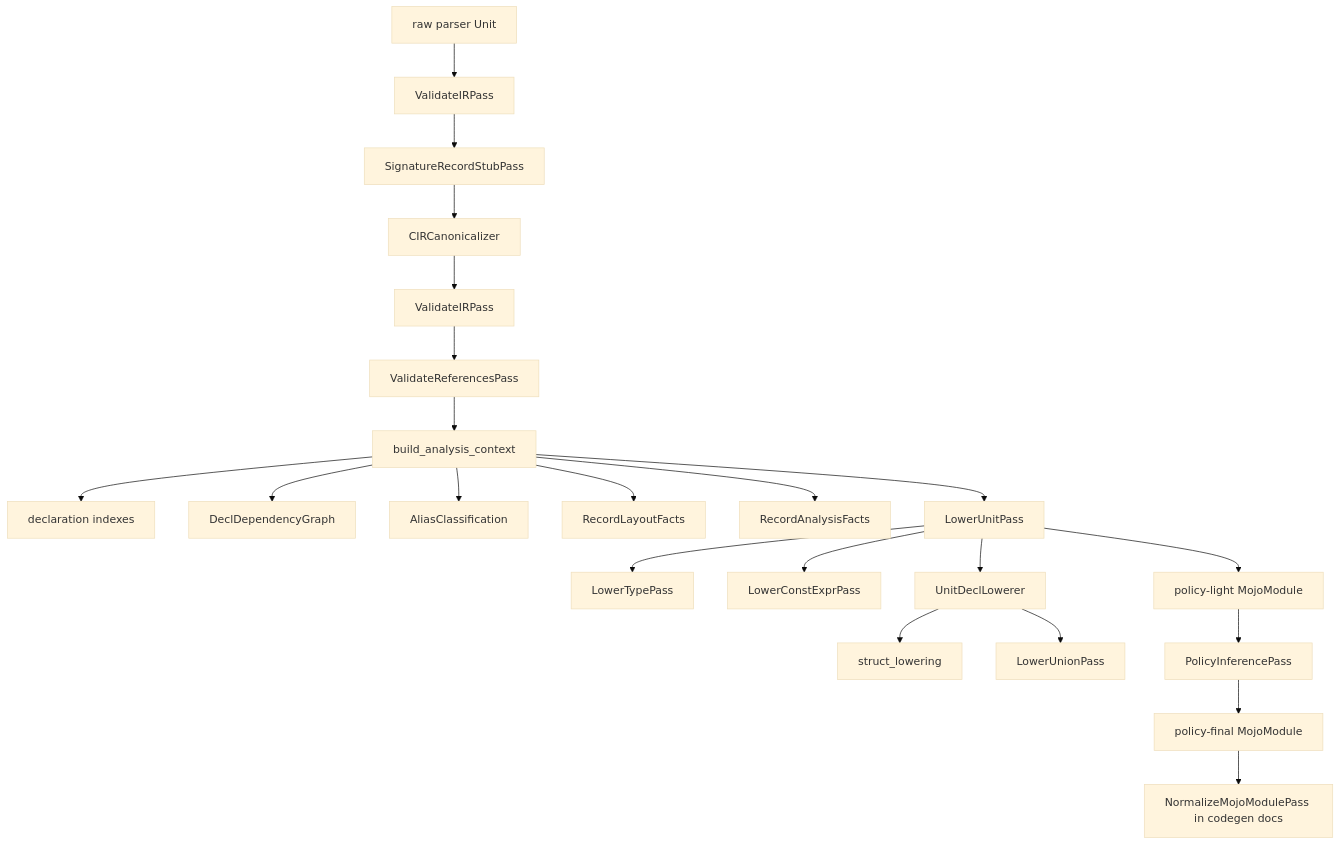
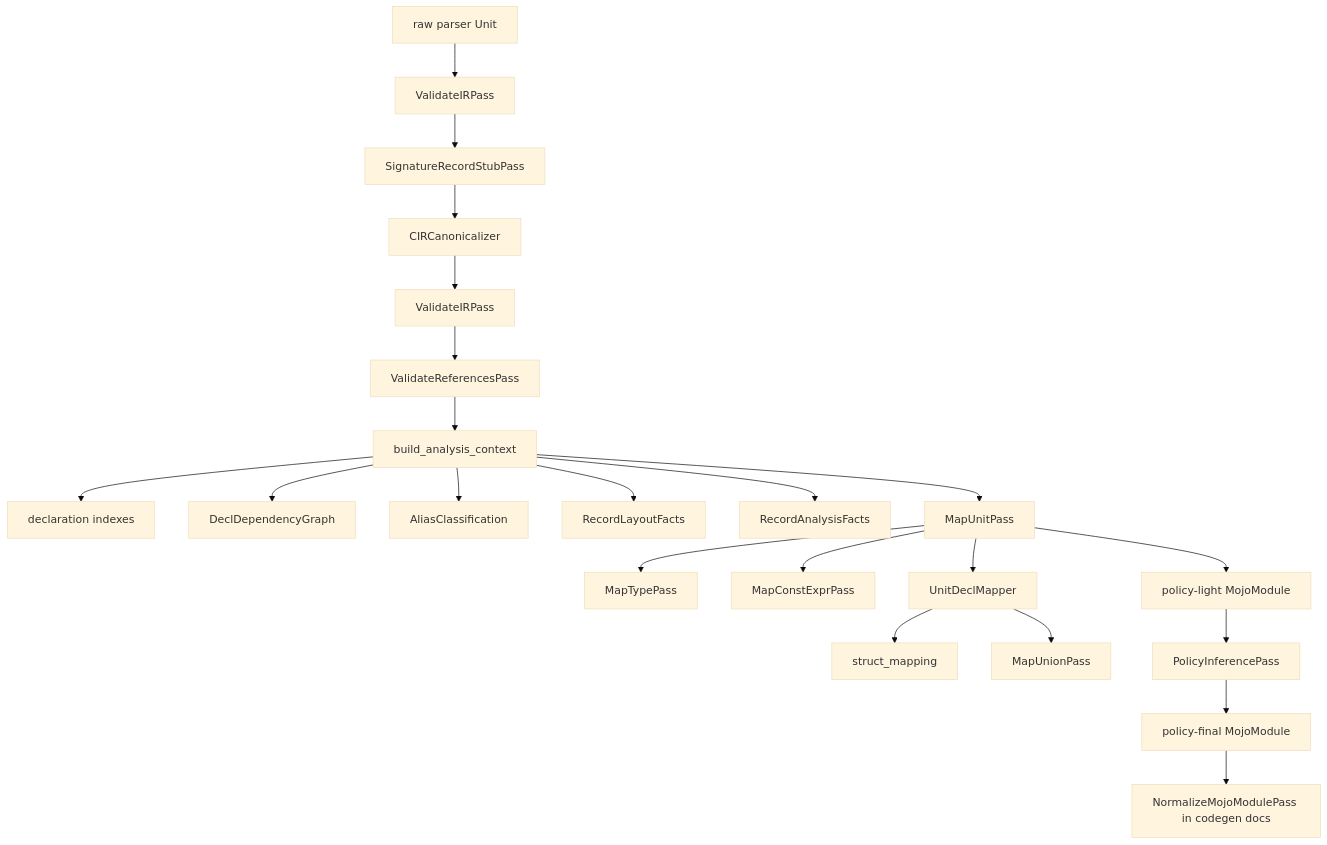
One commit to MoSafi2/mojo_bindgen changed the diagram in docs/cir_passes_pipeline.md. Above: the diagram before and after it, drawn with Mermaid (base theme). The commit also changed other lines of this file and 46 other files, not shown here.

Commit message:
Rename MojoIR lowering to mapping

````diff
--- a/docs/cir_passes_pipeline.md
+++ b/docs/cir_passes_pipeline.md
@@ -14,27 +14,27 @@
 ```mermaid
 flowchart TD
     A[raw parser Unit] --> B[ValidateIRPass]
     B --> C[SignatureRecordStubPass]
     C --> D[CIRCanonicalizer]
     D --> E[ValidateIRPass]
     E --> F[ValidateReferencesPass]
     F --> G[build_analysis_context]
 
     G --> H[declaration indexes]
     G --> I[DeclDependencyGraph]
     G --> J[AliasClassification]
     G --> K[RecordLayoutFacts]
     G --> L[RecordAnalysisFacts]
 
-    G --> M[LowerUnitPass]
-    M --> N[LowerTypePass]
-    M --> O[LowerConstExprPass]
-    M --> P[UnitDeclLowerer]
-    P --> Q[struct_lowering]
-    P --> R[LowerUnionPass]
+    G --> M[MapUnitPass]
+    M --> N[MapTypePass]
+    M --> O[MapConstExprPass]
+    M --> P[UnitDeclMapper]
+    P --> Q[struct_mapping]
+    P --> R[MapUnionPass]
 
     M --> S[policy-light MojoModule]
     S --> T[PolicyInferencePass]
     T --> U[policy-final MojoModule]
     U --> V[NormalizeMojoModulePass in codegen docs]
 ```
````
